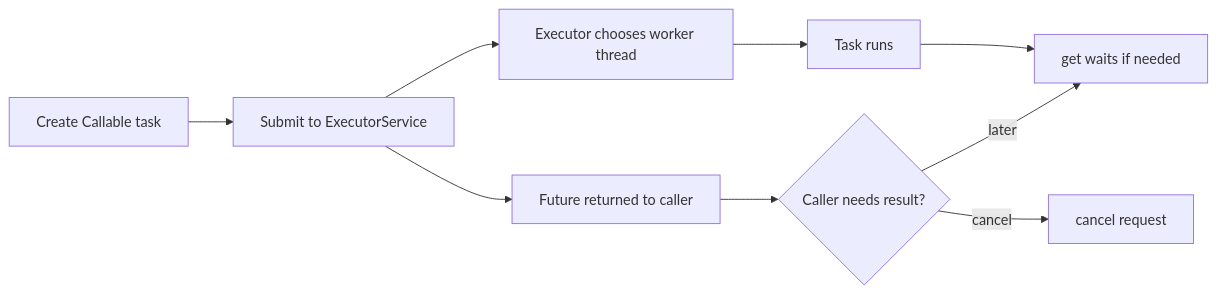
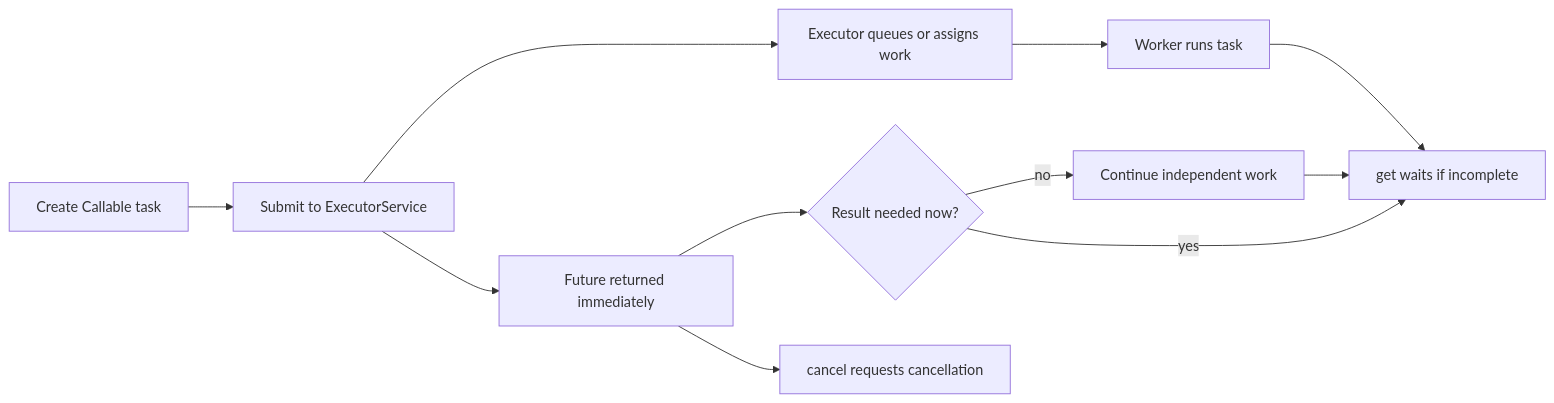
One commit to justinbrianhwang/SJ-wiki changed the diagram in docs/cs/programming/java/concurrent-utilities-executors.md. Above: the diagram before and after it, drawn with Mermaid. The commit also changed other lines of this file and 955 other files, not shown here.

````diff
--- a/docs/cs/programming/java/concurrent-utilities-executors.md
+++ b/docs/cs/programming/java/concurrent-utilities-executors.md
@@ -48,11 +18,13 @@
 ```mermaid
 flowchart LR
-  A[Create Callable task] --> B[Submit to ExecutorService]
-  B --> C[Executor chooses worker thread]
-  C --> D[Task runs]
-  B --> E[Future returned to caller]
-  E --> F{"Caller needs result?"}
-  F -->|later| G[get waits if needed]
-  F -->|cancel| H[cancel request]
-  D --> G
+  A["Create Callable task"] --> B["Submit to ExecutorService"]
+  B --> C["Executor queues or assigns work"]
+  C --> D["Worker runs task"]
+  B --> E["Future returned immediately"]
+  E --> F{"Result needed now?"}
+  F -->|no| G["Continue independent work"]
+  F -->|yes| H["get waits if incomplete"]
+  G --> H
+  D --> H
+  E --> I["cancel requests cancellation"]
 ```
````
